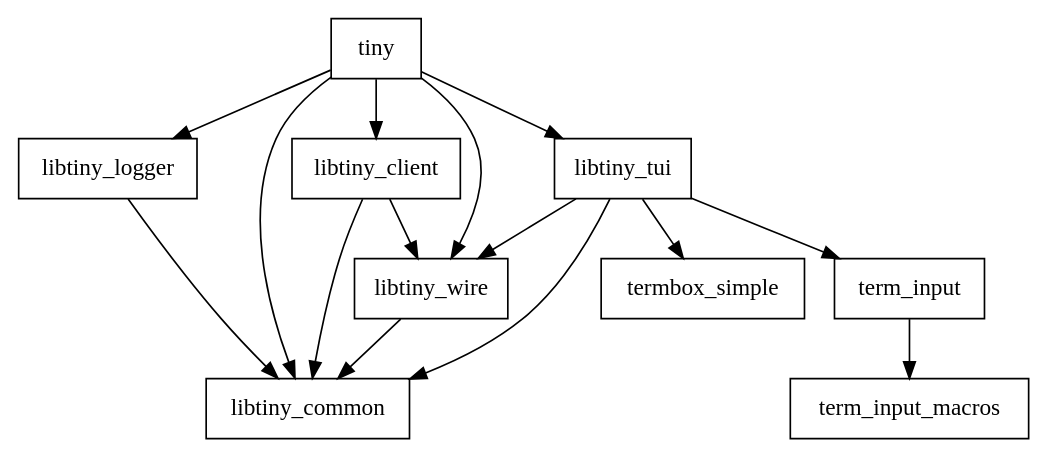
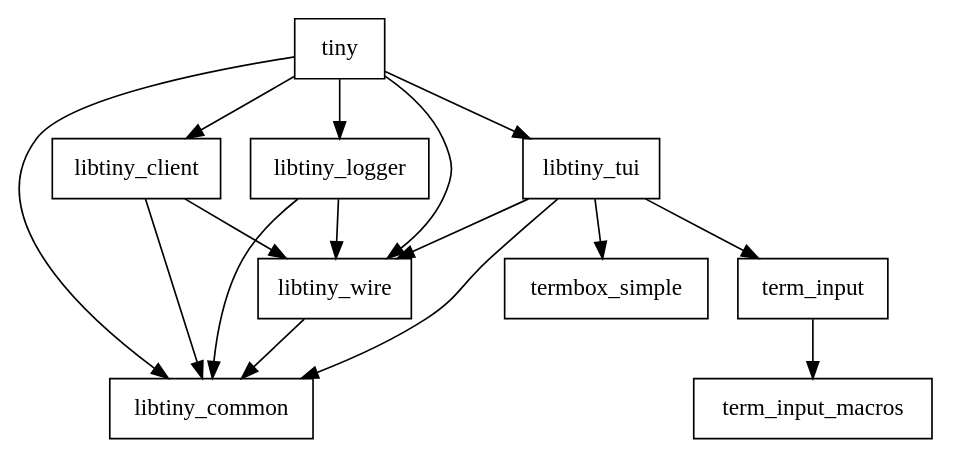
The diagram in assets/crate_deps.dot (osa1/tiny), drawn with Graphviz before and after one commit. The commit also changed 2 other files, not shown here.

```diff
--- a/assets/crate_deps.dot
+++ b/assets/crate_deps.dot
@@ -1,37 +1,38 @@
 // Describes dependencies between tiny crates. Used in ARCHITECTURE.md.
 
 digraph mygraph {
 
     node [shape=box, fontname="Jetbrains Mono Medium"];
 
     "tiny"
     "libtiny_client"
     "libtiny_common"
     "libtiny_logger"
     "libtiny_tui"
     "libtiny_wire"
     "term_input"
     "term_input_macros"
     "termbox_simple"
 
     "tiny" -> "libtiny_client"
     "tiny" -> "libtiny_common"
     "tiny" -> "libtiny_logger"
     "tiny" -> "libtiny_tui"
     "tiny" -> "libtiny_wire"
 
     "libtiny_client" -> "libtiny_common"
     "libtiny_client" -> "libtiny_wire"
 
     "libtiny_logger" -> "libtiny_common"
+    "libtiny_logger" -> "libtiny_wire"
 
     "libtiny_tui" -> "libtiny_common"
     "libtiny_tui" -> "libtiny_wire"
     "libtiny_tui" -> "term_input"
     "libtiny_tui" -> "termbox_simple"
 
     "libtiny_wire" -> "libtiny_common"
 
     "term_input" -> "term_input_macros"
 
 }
```
